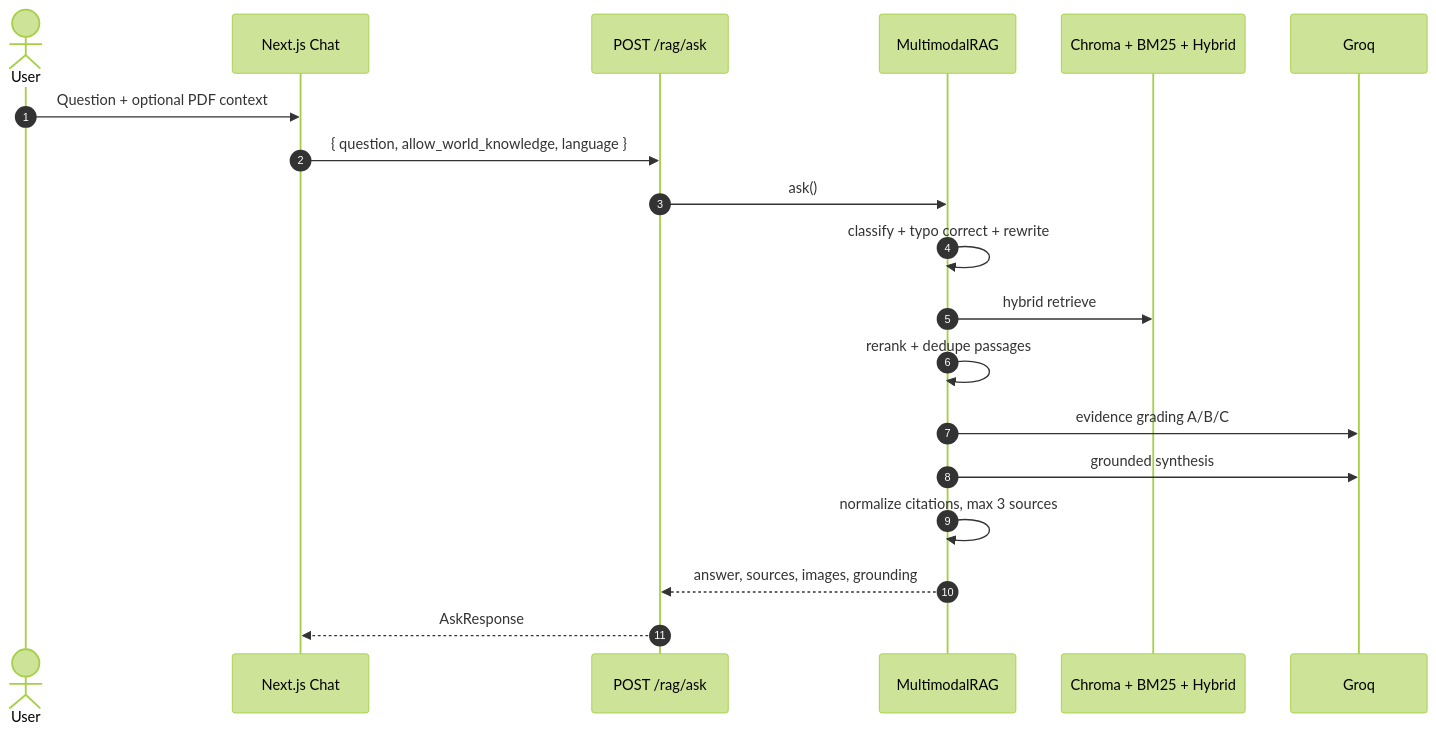
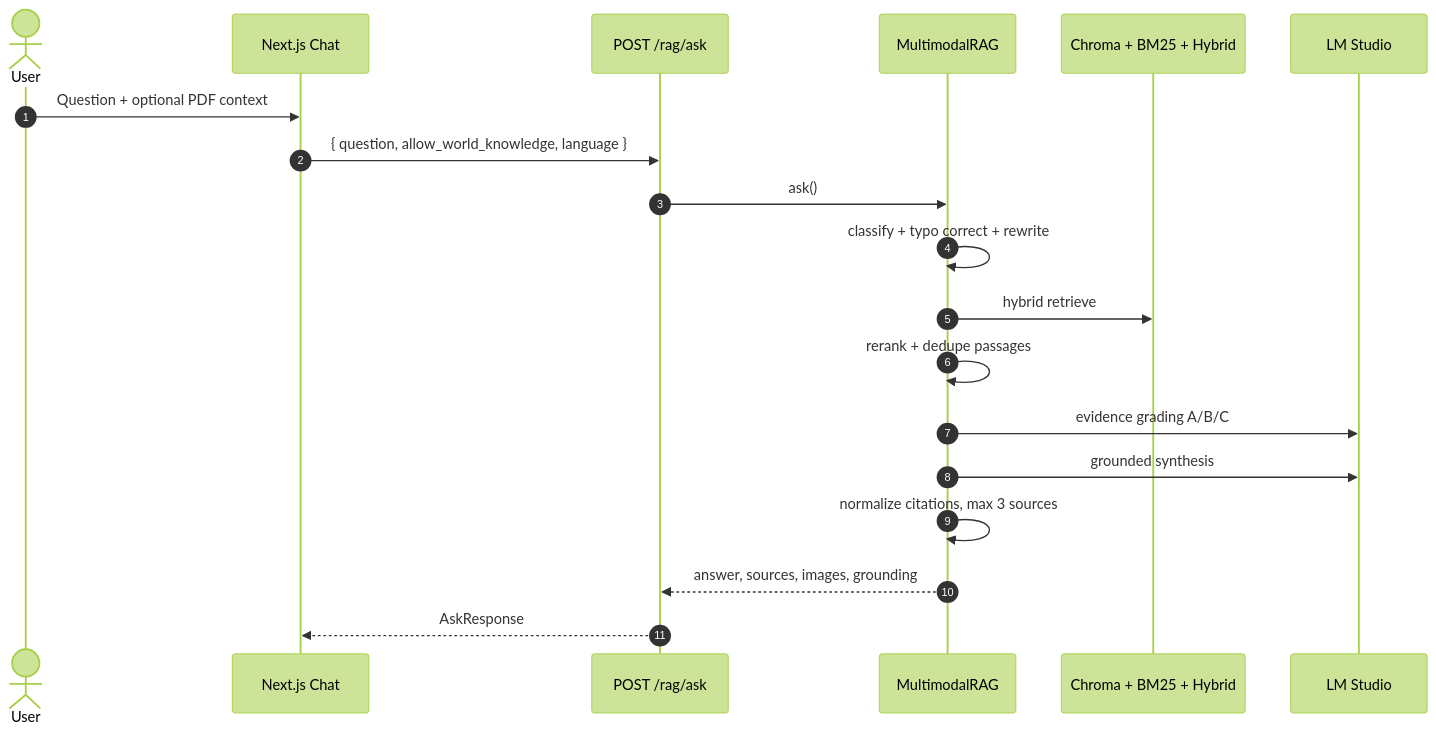
One commit to AdarshRajDS/ThesisBackend changed the ninth of 9 diagrams in docs/THESIS_SYSTEM_DESIGN_AND_MCP.md. Above: the diagram before and after it, drawn with Mermaid (forest theme). The commit also changed other lines of this file and 19 other files, not shown here.

````diff
--- a/docs/THESIS_SYSTEM_DESIGN_AND_MCP.md
+++ b/docs/THESIS_SYSTEM_DESIGN_AND_MCP.md
@@ -639,23 +638,23 @@
 ```mermaid
 sequenceDiagram
     autonumber
     actor User
     participant UI as Next.js Chat
     participant API as POST /rag/ask
     participant RAG as MultimodalRAG
     participant IDX as Chroma + BM25 + Hybrid
-    participant LLM as Groq
+    participant LLM as LM Studio
 
     User->>UI: Question + optional PDF context
     UI->>API: { question, allow_world_knowledge, language }
     API->>RAG: ask()
 
     RAG->>RAG: classify + typo correct + rewrite
     RAG->>IDX: hybrid retrieve
     RAG->>RAG: rerank + dedupe passages
     RAG->>LLM: evidence grading A/B/C
     RAG->>LLM: grounded synthesis
     RAG->>RAG: normalize citations, max 3 sources
     RAG-->>API: answer, sources, images, grounding
     API-->>UI: AskResponse
 ```
````
